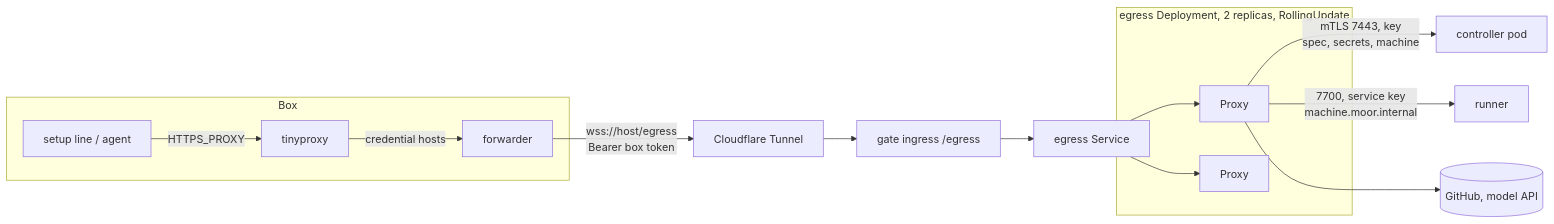
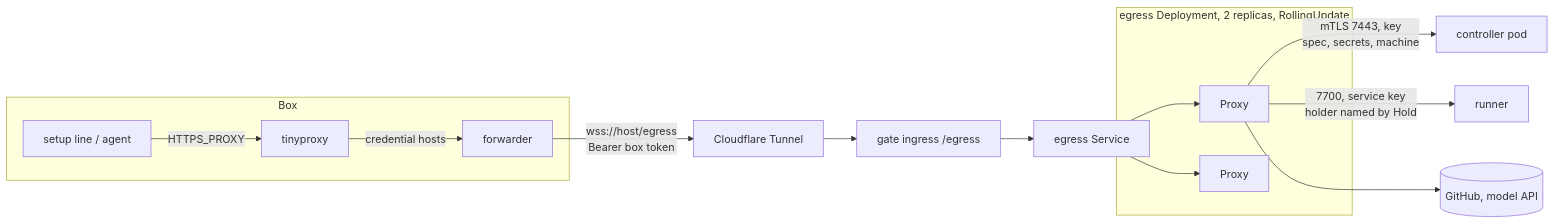
One commit to IniZio/moor changed the first of 3 diagrams in docs/specs/deploy-invisible-boxes.md. Above: the diagram before and after it, drawn with Mermaid. The commit also changed other lines of this file, not shown here.

Commit message:
docs(specs): dial the holder runner the Hold reply names

````diff
--- a/docs/specs/deploy-invisible-boxes.md
+++ b/docs/specs/deploy-invisible-boxes.md
@@ -89,19 +89,19 @@
 ```mermaid
 flowchart LR
   subgraph Box
     tool[setup line / agent] -->|HTTPS_PROXY| tiny[tinyproxy]
     tiny -->|credential hosts| fwd[forwarder]
   end
   fwd -->|wss://host/egress<br/>Bearer box token| cf[Cloudflare Tunnel]
   cf --> ing[gate ingress /egress]
   ing --> svc[egress Service]
   subgraph egress[egress Deployment, 2 replicas, RollingUpdate]
     p1[Proxy]
     p2[Proxy]
   end
   svc --> p1
   svc --> p2
   p1 -->|mTLS 7443, key<br/>spec, secrets, machine| ctl[controller pod]
-  p1 -->|7700, service key<br/>machine.moor.internal| run[runner]
+  p1 -->|7700, service key<br/>holder named by Hold| run[runner]
   p1 --> up[(GitHub, model API)]
 ```
````
